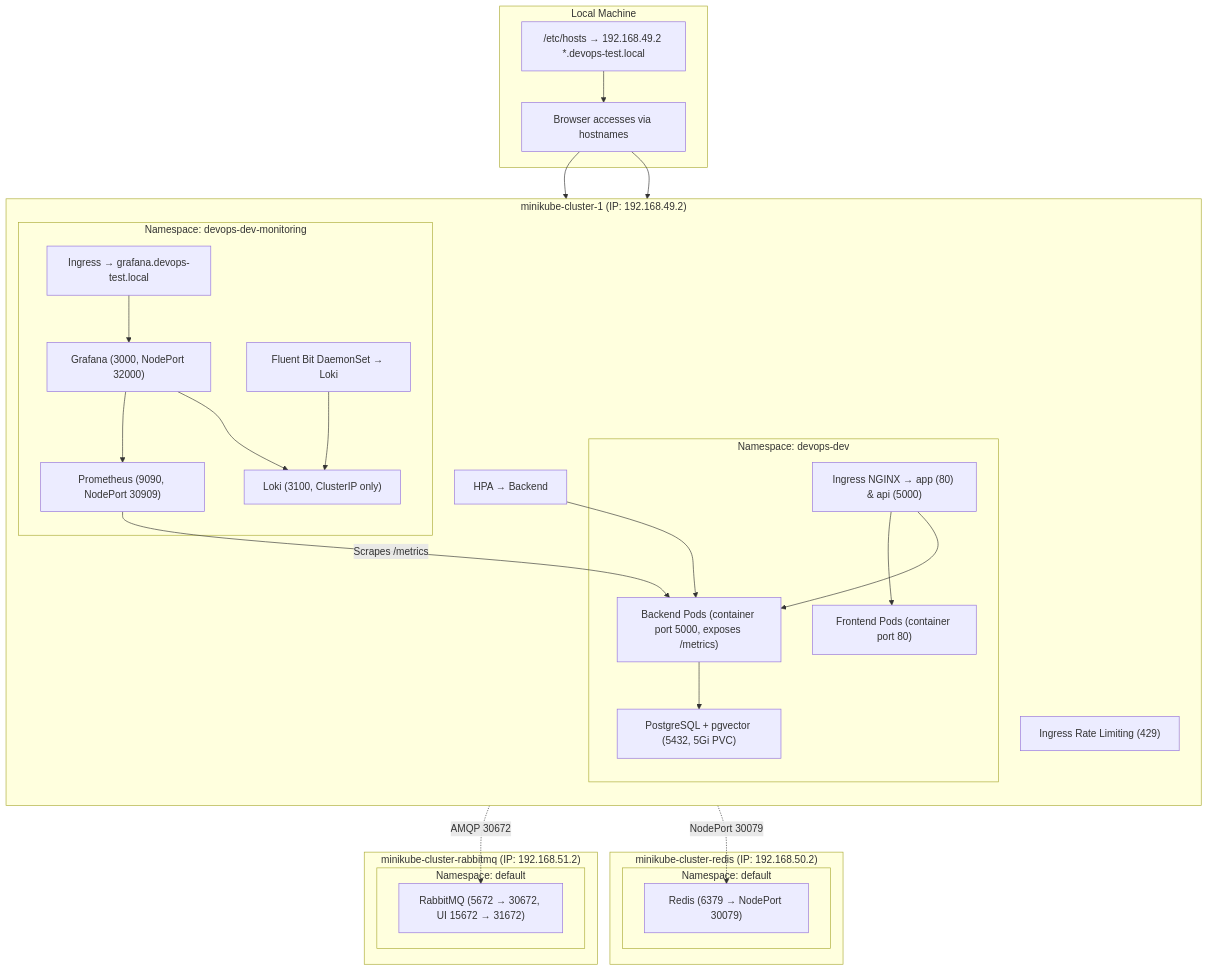
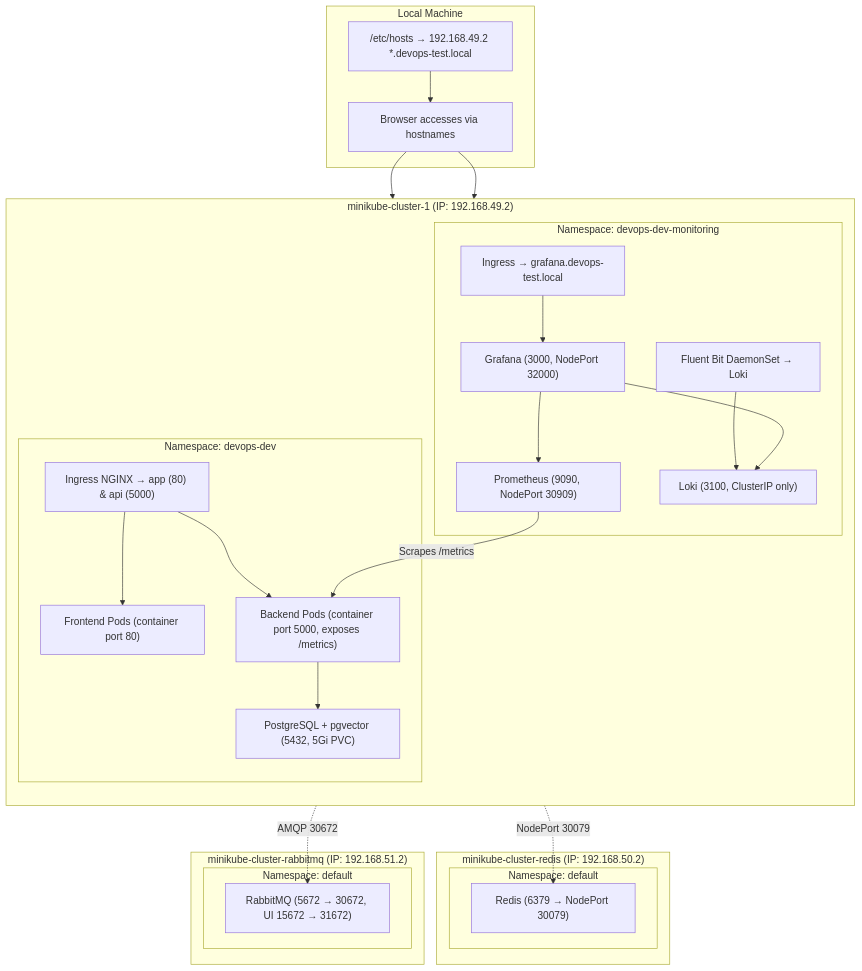
Before and after one commit to tDipto/devops-test: the diagram in README.md, drawn with Mermaid. The commit also changed other lines of this file, not shown here.

````diff
--- a/README.md
+++ b/README.md
@@ -13,59 +13,56 @@
 ```mermaid
 graph TD
     subgraph "Local Machine"
         Browser["Browser accesses via hostnames"]
         Hosts["/etc/hosts → 192.168.49.2 *.devops-test.local"]
     end
 
     subgraph "minikube-cluster-1 (IP: 192.168.49.2)"
         direction TB
 
         subgraph devops_dev["Namespace: devops-dev"]
             IngressApp["Ingress NGINX → app (80) & api (5000)"]
             Frontend["Frontend Pods (container port 80)"]
             Backend["Backend Pods (container port 5000, exposes /metrics)"]
             Postgres["PostgreSQL + pgvector (5432, 5Gi PVC)"]
         end
 
         subgraph devops_monitoring["Namespace: devops-dev-monitoring"]
             IngressGrafana["Ingress → grafana.devops-test.local"]
             Grafana["Grafana (3000, NodePort 32000)"]
             Prometheus["Prometheus (9090, NodePort 30909)"]
             Loki["Loki (3100, ClusterIP only)"]
             FluentBit["Fluent Bit DaemonSet → Loki"]
         end
-
-        HPA["HPA → Backend"]
-        RateLimit["Ingress Rate Limiting (429)"]
     end
 
     subgraph "minikube-cluster-redis (IP: 192.168.50.2)"
         subgraph redis_default["Namespace: default"]
             Redis["Redis (6379 → NodePort 30079)"]
         end
     end
 
     subgraph "minikube-cluster-rabbitmq (IP: 192.168.51.2)"
         subgraph rabbitmq_default["Namespace: default"]
             RabbitMQ["RabbitMQ (5672 → 30672, UI 15672 → 31672)"]
         end
     end
 
     Hosts --> Browser
     Browser --> IngressApp
     Browser --> IngressGrafana
 
     IngressApp --> Frontend
     IngressApp --> Backend
     IngressGrafana --> Grafana
 
     Backend --> Postgres
     Backend -.->|"NodePort 30079"| Redis
     Backend -.->|"AMQP 30672"| RabbitMQ
 
     Prometheus -->|"Scrapes /metrics"| Backend
     FluentBit --> Loki
     Grafana --> Prometheus
     Grafana --> Loki
-    HPA --> Backend
+
 ```
````
